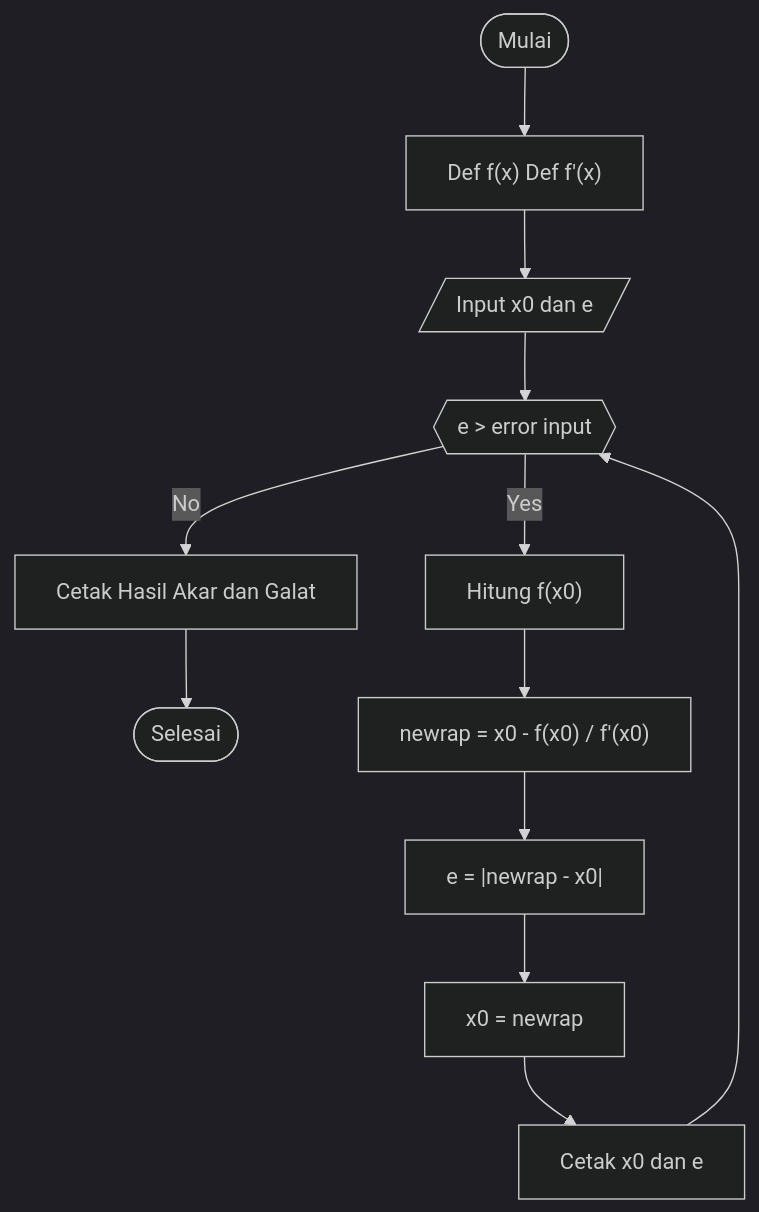
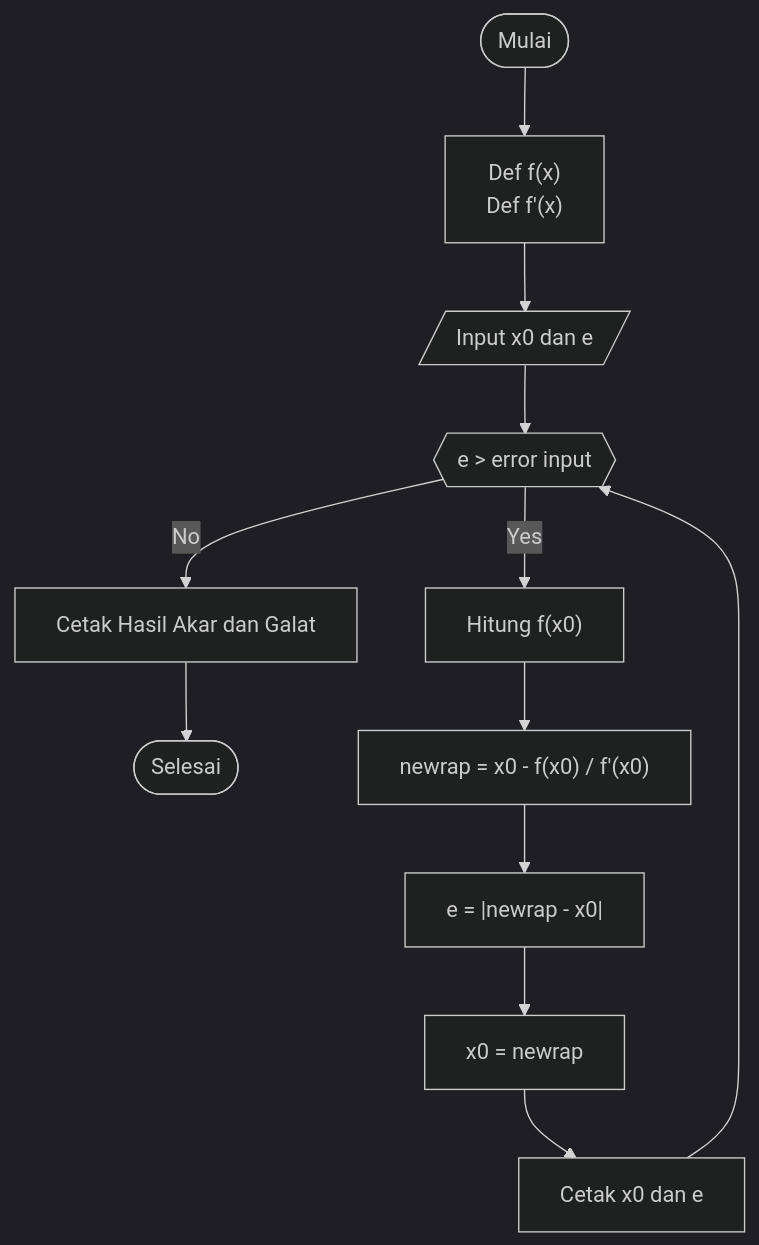
The diagram in Modul-2/NewtonRaphson.mmd (aslabkomfis/Komputasi-Numerik-24-25), drawn with Mermaid (dark theme) before and after one commit.

```diff
--- a/Modul-2/NewtonRaphson.mmd
+++ b/Modul-2/NewtonRaphson.mmd
@@ -1,12 +1,12 @@
 flowchart TD;
-    A([Mulai]) --> B["Def f(x) Def f'(x)"]
+    A([Mulai]) --> B["Def f(x) <br> Def f'(x)"]
     B --> C[/"Input x0 dan e"/]
     C --> D{{e > error input}}
     D -- No --> K[Cetak Hasil Akar dan Galat]
     K --> L([Selesai])
     D -- Yes --> E["Hitung f(x0)"]
     E --> F["newrap = x0 - f(x0) / f'(x0)"]
     F --> G["e = |newrap - x0|"]
     G --> H[x0 = newrap]
     H --> I[Cetak x0 dan e]
     I --> D
```
